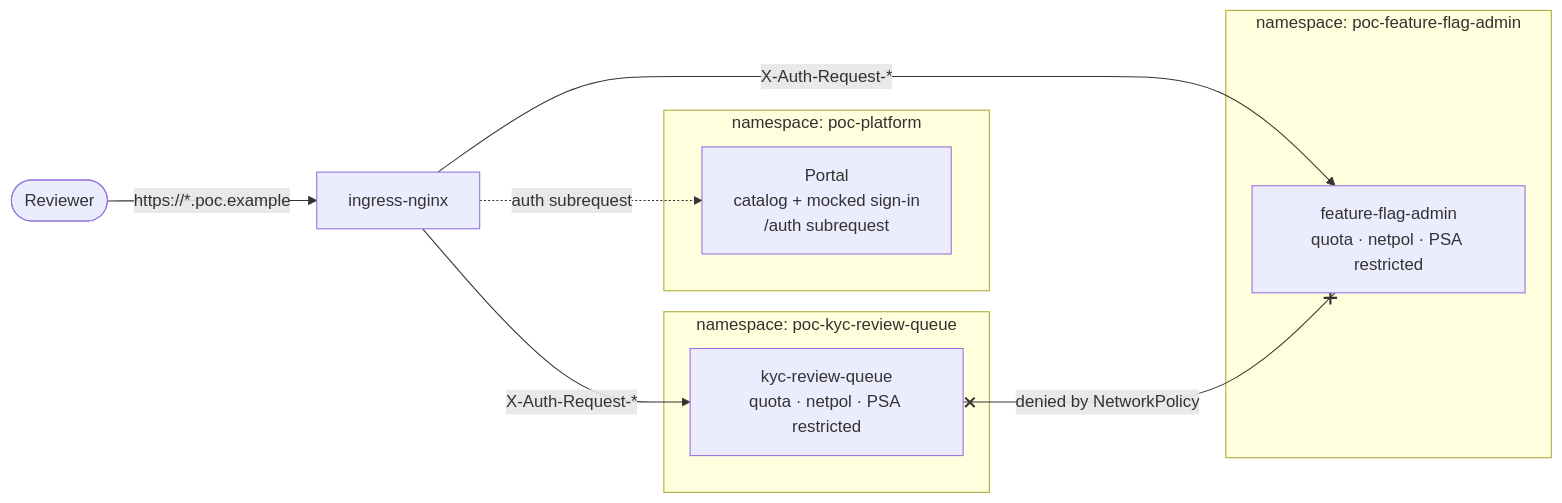
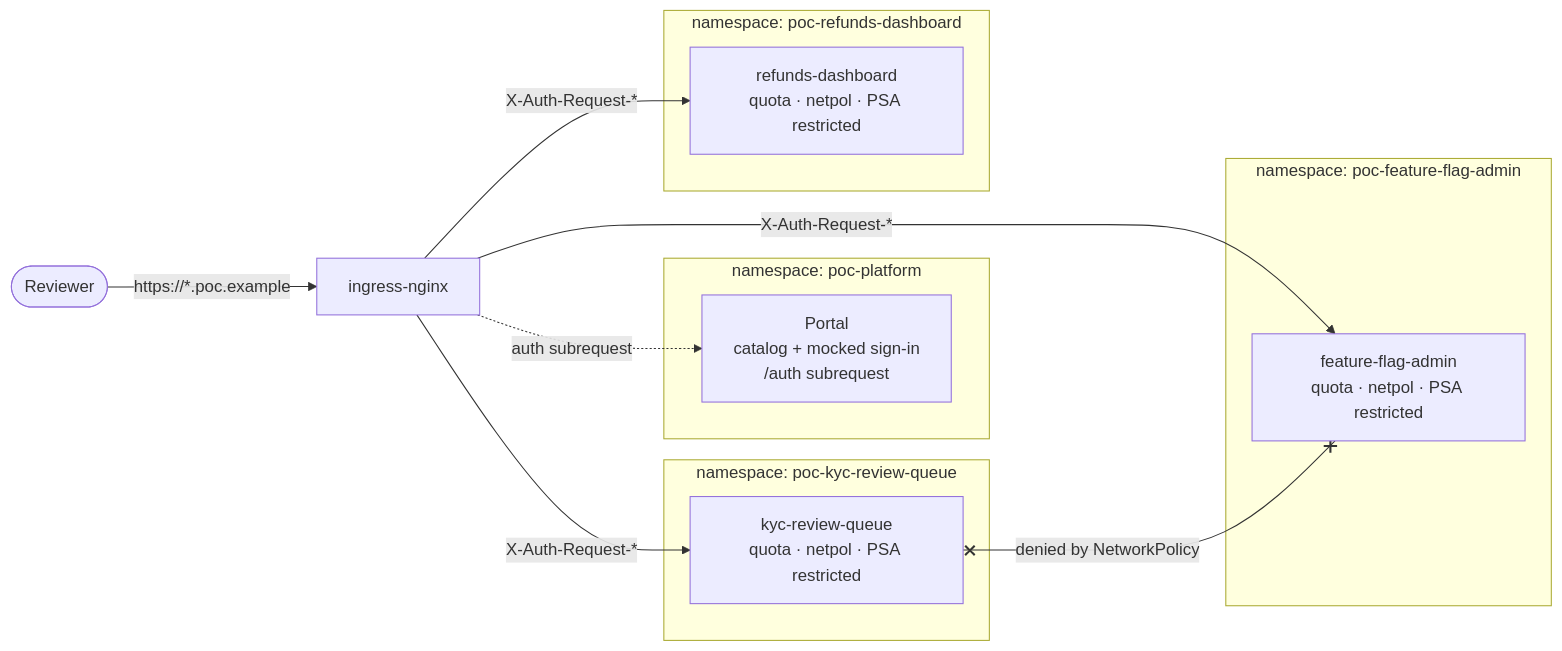
One commit to marcostcchen/Devin_POC changed the first of 2 diagrams in platform/docs/architecture.md. Above: the diagram before and after it, drawn with Mermaid. The commit also changed 23 other files, not shown here.

First line of the commit message:
Rebuild the refunds dashboard on the platform's stack

````diff
--- a/platform/docs/architecture.md
+++ b/platform/docs/architecture.md
@@ -8,21 +8,26 @@
 ```mermaid
 flowchart LR
     user([Reviewer]) -->|https://*.poc.example| ingress[ingress-nginx]
 
     subgraph platform_ns["namespace: poc-platform"]
         portal[Portal<br/>catalog + mocked sign-in<br/>/auth subrequest]
     end
 
     subgraph kyc_ns["namespace: poc-kyc-review-queue"]
         kyc[kyc-review-queue<br/>quota · netpol · PSA restricted]
     end
 
     subgraph flags_ns["namespace: poc-feature-flag-admin"]
         flags[feature-flag-admin<br/>quota · netpol · PSA restricted]
     end
 
+    subgraph refunds_ns["namespace: poc-refunds-dashboard"]
+        refunds[refunds-dashboard<br/>quota · netpol · PSA restricted]
+    end
+
     ingress -.->|auth subrequest| portal
     ingress -->|X-Auth-Request-*| kyc
     ingress -->|X-Auth-Request-*| flags
+    ingress -->|X-Auth-Request-*| refunds
     kyc x--x|denied by NetworkPolicy| flags
 ```
````
